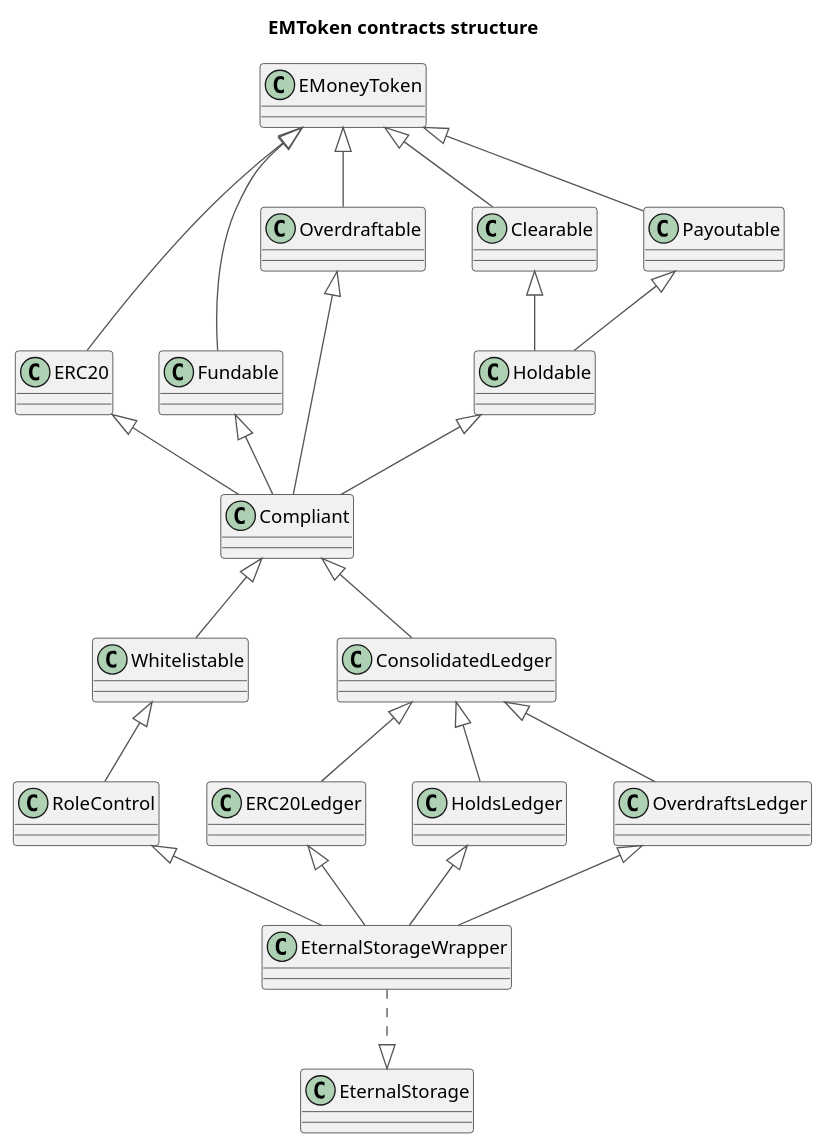
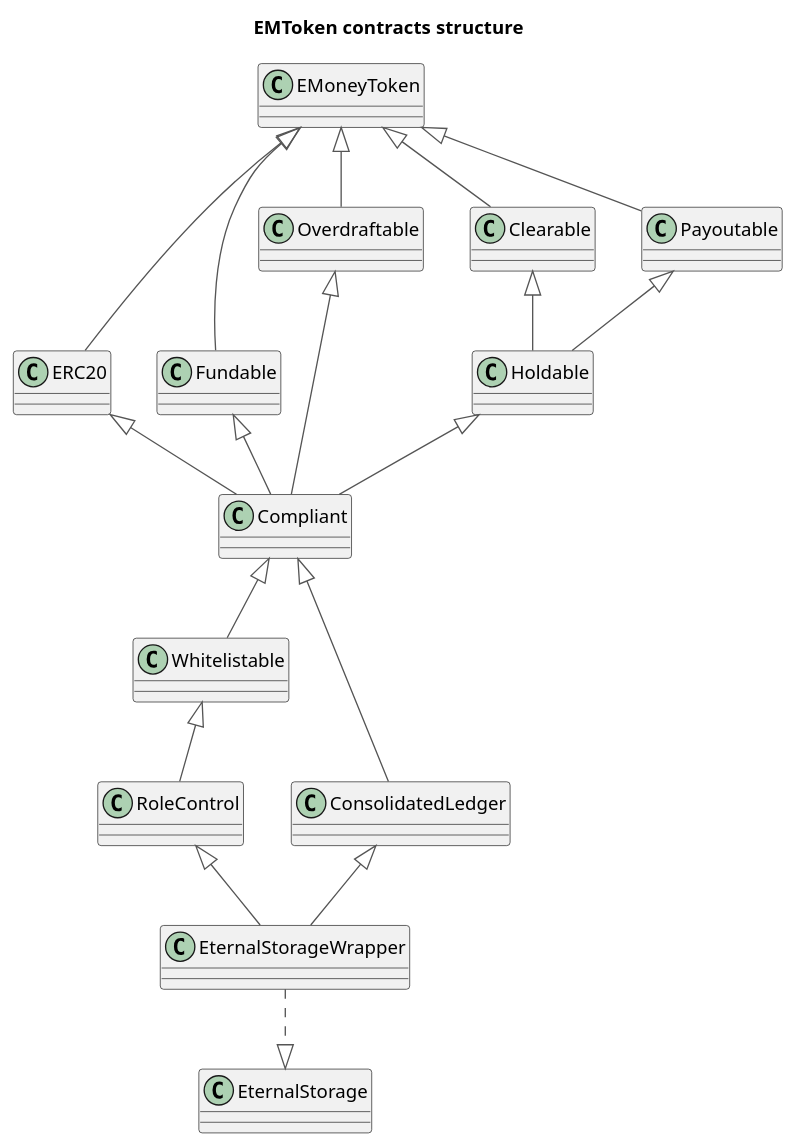
One commit to JasoonS/EM-Token changed the diagram in diagrams/implmentation_structure.puml. Above: the diagram before and after it, drawn with PlantUML. The commit also changed 16 other files, not shown here.

```diff
--- a/diagrams/implmentation_structure.puml
+++ b/diagrams/implmentation_structure.puml
@@ -1,97 +1,81 @@
 @startuml
 title EMToken contracts structure
 hide footbox
 
 skinparam {
   ActorBorderColor #555555
   ParticipantBorderColor #555555
   BoundaryBorderColor #555555
   ArrowColor #555555
   SequenceLifeLineBorderColor #555555
   SequenceBoxBorderColor #FFFFFF
   NoteBorderColor #555555
   NoteBackgroundColor #DDDDDD
 }
 
 class EMoneyToken {
 }
 
 class ERC20 {
 }
 
 class Fundable {
 }
 
 class Overdraftable {
 }
 
 class Clearable {
 }
 
 class Payoutable {
 }
 
 class Holdable {
 }
 
 class Compliant {
 }
 
 class Whitelistable {
 }
 
 class RoleControl {
 }
 
 class ConsolidatedLedger {
 }
 
-class ERC20Ledger {
-}
-
-class HoldsLedger {
-}
-
-class OverdraftsLedger {
-}
-
 class EternalStorageWrapper {
 }
 
 class EternalStorage {
 }
 
 EMoneyToken <|-- ERC20
 EMoneyToken <|-- Overdraftable
 EMoneyToken <|-- Clearable
 EMoneyToken <|-- Fundable
 EMoneyToken <|-- Payoutable
 
 Clearable <|-- Holdable
 Payoutable <|-- Holdable
 
 ERC20 <|-- Compliant
 Overdraftable <|-- Compliant
 Fundable <|-- Compliant
 
 Holdable <|-- Compliant
 
 Compliant <|-- Whitelistable
 
 Whitelistable <|-- RoleControl
 
 Compliant <|-- ConsolidatedLedger
 
-ConsolidatedLedger <|-- ERC20Ledger
-ConsolidatedLedger <|-- HoldsLedger
-ConsolidatedLedger <|-- OverdraftsLedger
-
-
-ERC20Ledger <|-- EternalStorageWrapper
-HoldsLedger <|-- EternalStorageWrapper
-OverdraftsLedger <|-- EternalStorageWrapper
+ConsolidatedLedger <|-- EternalStorageWrapper
 RoleControl <|-- EternalStorageWrapper
 
 EternalStorageWrapper ..|> EternalStorage
 
 @enduml
```
